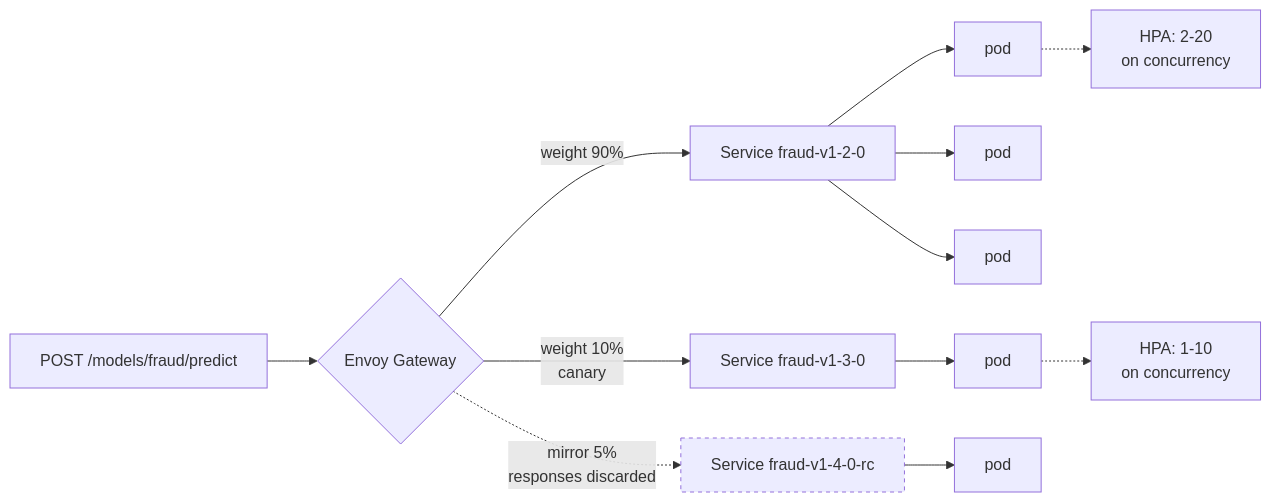
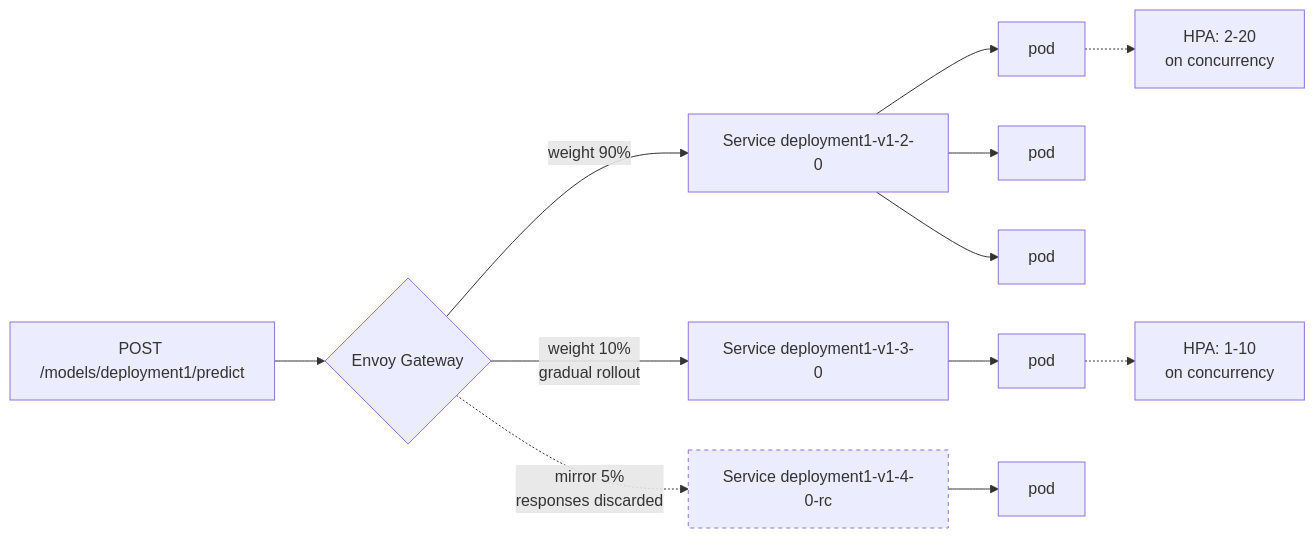
One commit to Aish-0311/Scalable-Multi-Model-Inference-Platform changed the second of 5 diagrams in README.md. Above: the diagram before and after it, drawn with Mermaid. The commit also changed other lines of this file, not shown here.

Commit message:
Refine README for clarity and consistency in model deployment terminology

````diff
--- a/README.md
+++ b/README.md
@@ -174,17 +170,17 @@
 ```mermaid
 flowchart LR
-    IN[POST /models/fraud/predict] --> GW{Envoy Gateway}
+    IN[POST /models/deployment1/predict] --> GW{Envoy Gateway}
 
-    GW -->|"weight 90%"| SVCA[Service fraud-v1-2-0]
-    GW -->|"weight 10%<br/>canary"| SVCB[Service fraud-v1-3-0]
-    GW -.->|"mirror 5%<br/>responses discarded"| SVCC[Service fraud-v1-4-0-rc]
+    GW -->|"weight 90%"| SVCA[Service deployment1-v1-2-0]
+    GW -->|"weight 10%<br/>gradual rollout"| SVCB[Service deployment1-v1-3-0]
+    GW -.->|"mirror 5%<br/>responses discarded"| SVCC[Service deployment1-v1-4-0-rc]
 
     SVCA --> PA1[pod] & PA2[pod] & PA3[pod]
     SVCB --> PB1[pod]
     SVCC --> PC1[pod]
 
     PA1 -.-> HPAA["HPA: 2-20<br/>on concurrency"]
     PB1 -.-> HPAB["HPA: 1-10<br/>on concurrency"]
 
     style SVCC stroke-dasharray: 4 4
 ```
````
